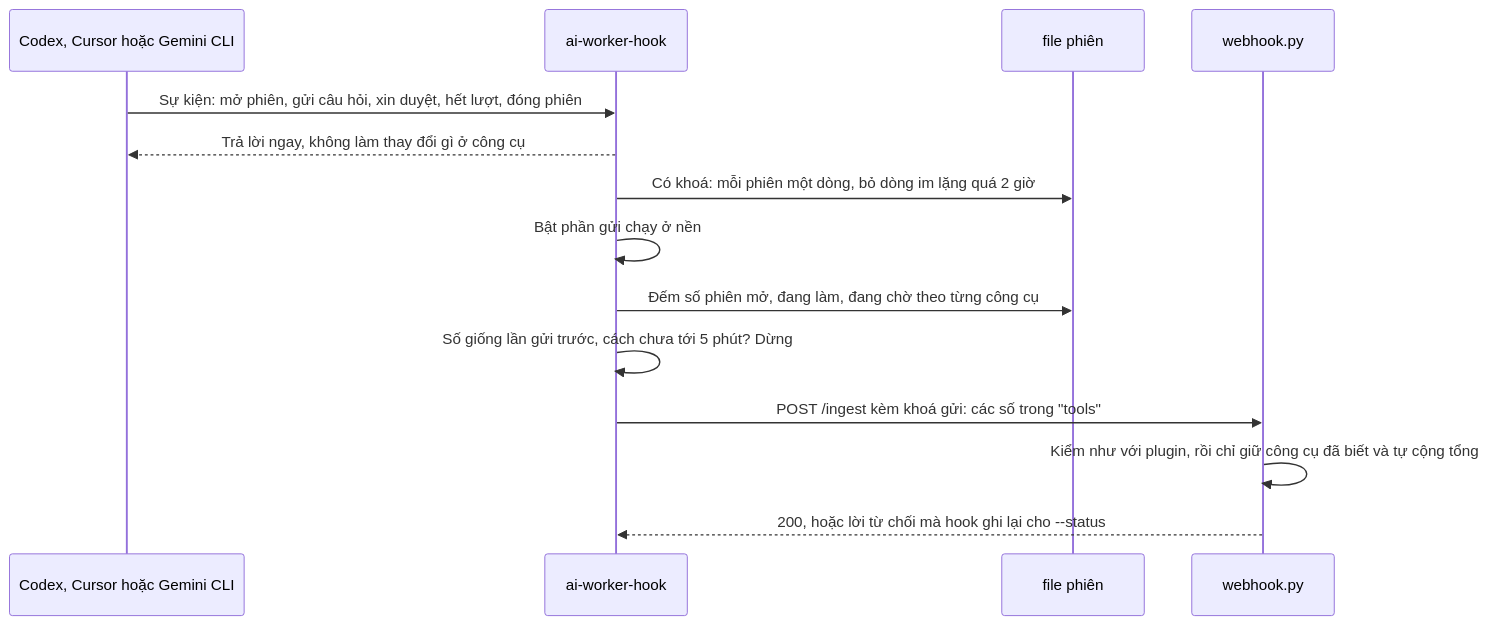
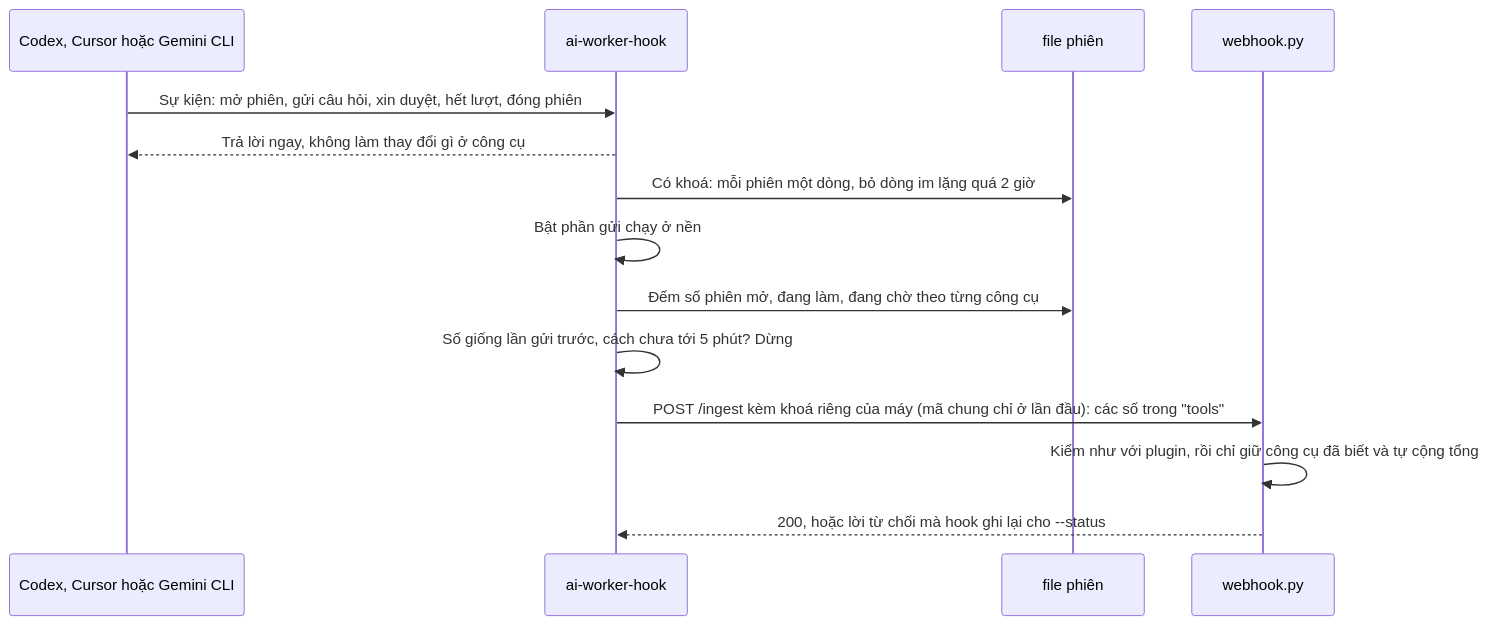
Before and after one commit to anhle9x/ai-worker: the third of 13 diagrams in docs/ARCHITECTURE.vi.md, drawn with Mermaid. The commit also changed other lines of this file and 48 other files, not shown here.

````diff
--- a/docs/ARCHITECTURE.vi.md
+++ b/docs/ARCHITECTURE.vi.md
@@ -201,16 +206,16 @@
 ```mermaid
 sequenceDiagram
   participant T as Codex, Cursor hoặc Gemini CLI
   participant H as ai-worker-hook
   participant F as file phiên
   participant W as webhook.py
   T->>H: Sự kiện: mở phiên, gửi câu hỏi, xin duyệt, hết lượt, đóng phiên
   H-->>T: Trả lời ngay, không làm thay đổi gì ở công cụ
   H->>F: Có khoá: mỗi phiên một dòng, bỏ dòng im lặng quá 2 giờ
   H->>H: Bật phần gửi chạy ở nền
   H->>F: Đếm số phiên mở, đang làm, đang chờ theo từng công cụ
   H->>H: Số giống lần gửi trước, cách chưa tới 5 phút? Dừng
-  H->>W: POST /ingest kèm khoá gửi: các số trong "tools"
+  H->>W: POST /ingest kèm khoá riêng của máy (mã chung chỉ ở lần đầu): các số trong "tools"
   W->>W: Kiểm như với plugin, rồi chỉ giữ công cụ đã biết và tự cộng tổng
   W-->>H: 200, hoặc lời từ chối mà hook ghi lại cho --status
 ```
````
